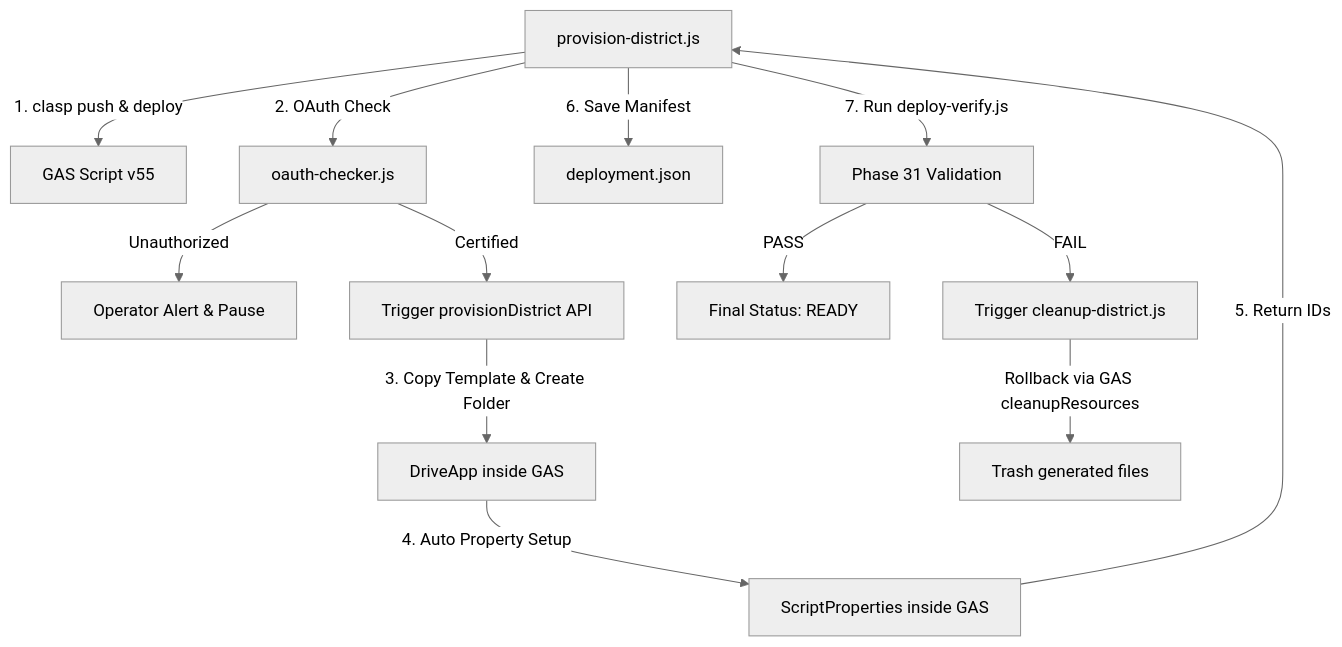
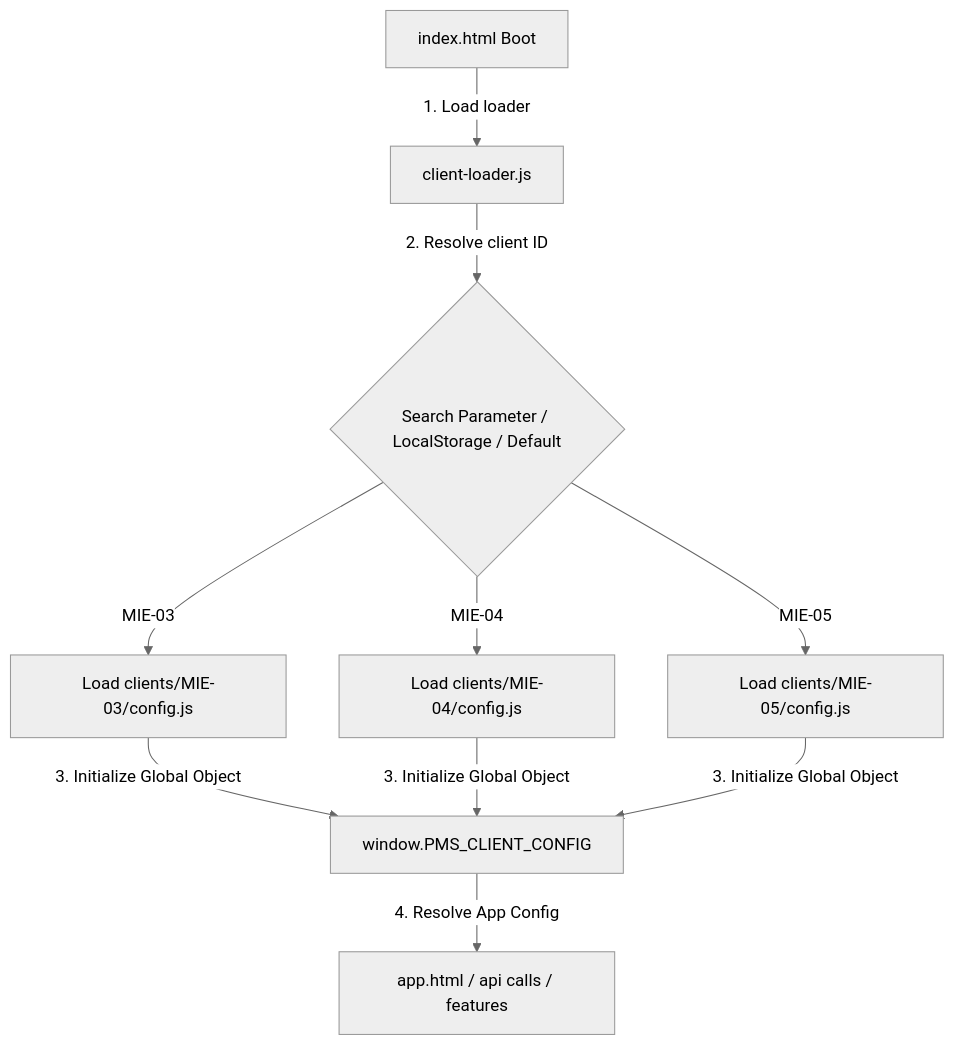
One commit to K-IWASA-MK/posting-map-system-dev changed the diagram in projects/posting-map/HANDOVER.md. Above: the diagram before and after it, drawn with Mermaid (neutral theme). The commit also changed other lines of this file and 13 other files, not shown here.

Commit message:
feat(partitioning): Implement Phase 33 Client Configuration Partitioning Foundation

````diff
--- a/projects/posting-map/HANDOVER.md
+++ b/projects/posting-map/HANDOVER.md
@@ -11,15 +11,10 @@
 ```mermaid
 graph TD
-    A[provision-district.js] -->|1. clasp push & deploy| B[GAS Script v55]
-    A -->|2. OAuth Check| C[oauth-checker.js]
-    C -->|Unauthorized| D[Operator Alert & Pause]
-    C -->|Certified| E[Trigger provisionDistrict API]
-    E -->|3. Copy Template & Create Folder| F[DriveApp inside GAS]
-    F -->|4. Auto Property Setup| G[ScriptProperties inside GAS]
-    G -->|5. Return IDs| A
-    A -->|6. Save Manifest| H[deployment.json]
-    A -->|7. Run deploy-verify.js| I[Phase 31 Validation]
-    I -->|PASS| J[Final Status: READY]
-    I -->|FAIL| K[Trigger cleanup-district.js]
-    K -->|Rollback via GAS cleanupResources| L[Trash generated files]
+    A[index.html Boot] -->|1. Load loader| B[client-loader.js]
+    B -->|2. Resolve client ID| C{Search Parameter / LocalStorage / Default}
+    C -->|MIE-03| D[Load clients/MIE-03/config.js]
+    C -->|MIE-04| E[Load clients/MIE-04/config.js]
+    C -->|MIE-05| F[Load clients/MIE-05/config.js]
+    D & E & F -->|3. Initialize Global Object| G[window.PMS_CLIENT_CONFIG]
+    G -->|4. Resolve App Config| H[app.html / api calls / features]
 ```
````
